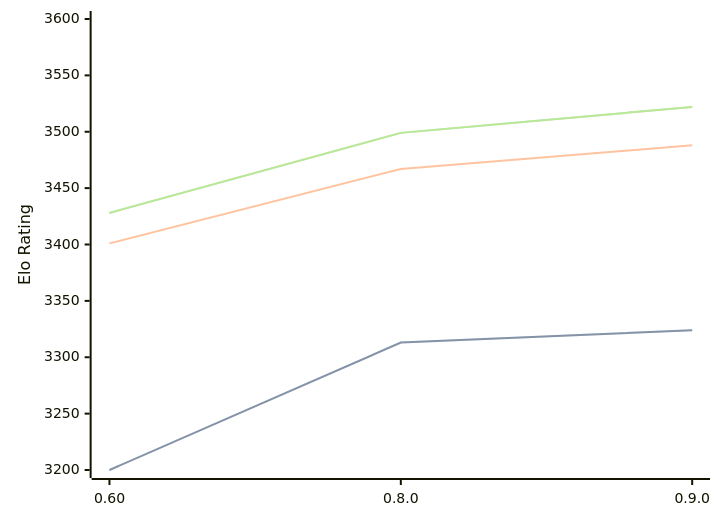
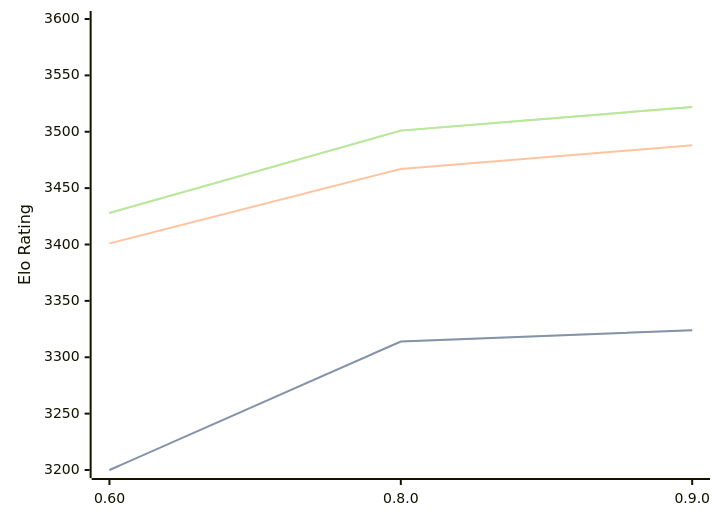
The first of 3 diagrams in engines/Motor.md (computer-chess-index/cci), drawn with Mermaid before and after one commit. The commit also changed other lines of this file, not shown here.

Commit message:
Update CCI Ratings (ELO VLTC) - 2026-07-14

````diff
--- a/engines/Motor.md
+++ b/engines/Motor.md
@@ -39,11 +39,11 @@
 ```mermaid
 %%{init: {"theme":"base","themeVariables":{"seriesColors:['#a3a3a3','#222221','#faa371']}}}%%
 xychart-beta
   x-axis ["0.60", "0.8.0", "0.9.0"]
   y-axis "Elo Rating" 3200 --> 3600
-  line "STC (8.0+0.08s)" [3200, 3313, 3324]
-  line "STC (8.0+0.08s)" [3200, 3313, 3324]
+  line "STC (8.0+0.08s)" [3200, 3314, 3324]
+  line "STC (8.0+0.08s)" [3200, 3314, 3324]
   line "LTC (60.0+0.60s)" [3401, 3467, 3488]
-  line "VLTC (2m24s+1.12s)" [3428, 3499, 3522]
-  line "VLTC (2m24s+1.12s)" [3428, 3499, 3522]
+  line "VLTC (2m24s+1.12s)" [3428, 3501, 3522]
+  line "VLTC (2m24s+1.12s)" [3428, 3501, 3522]
 ```
````
